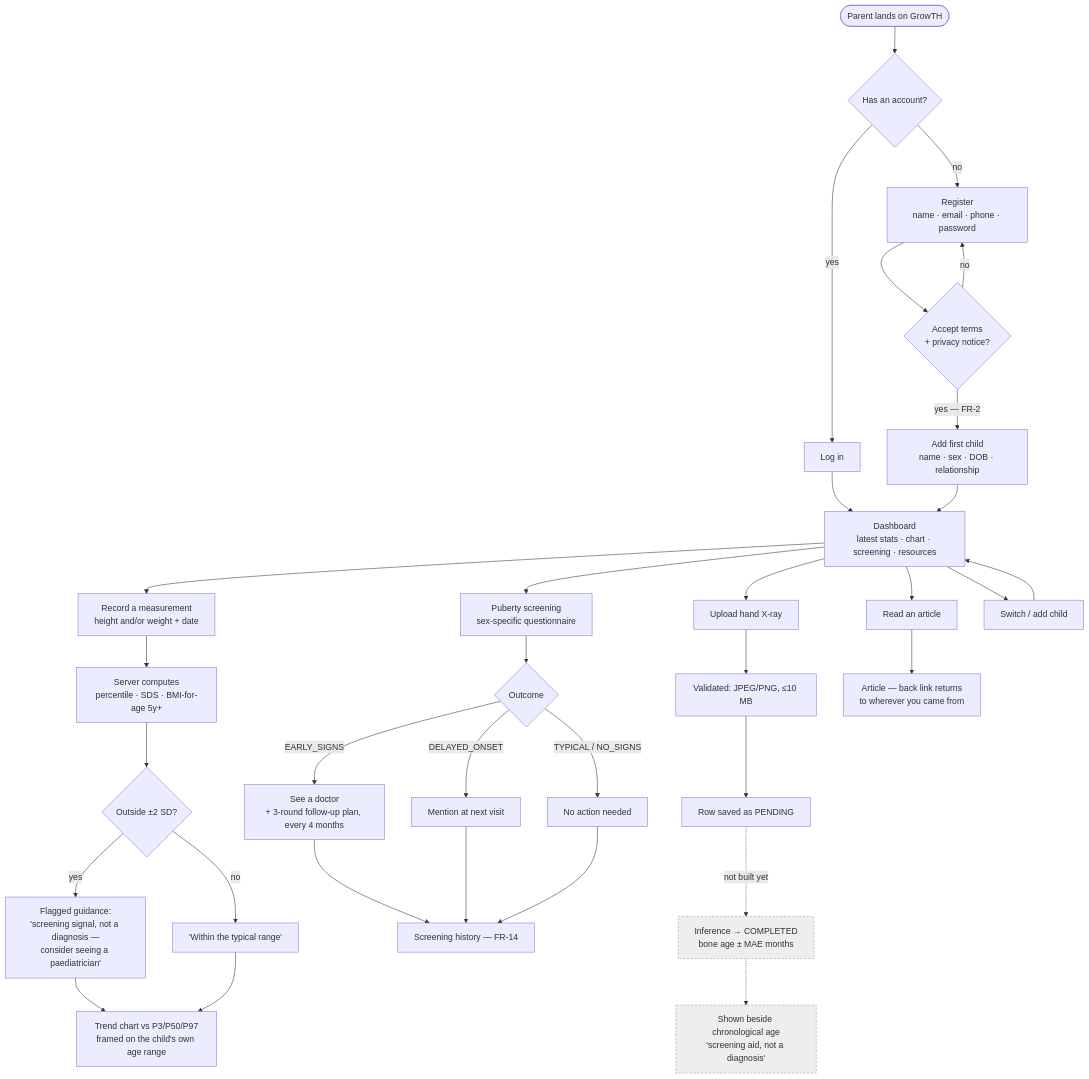
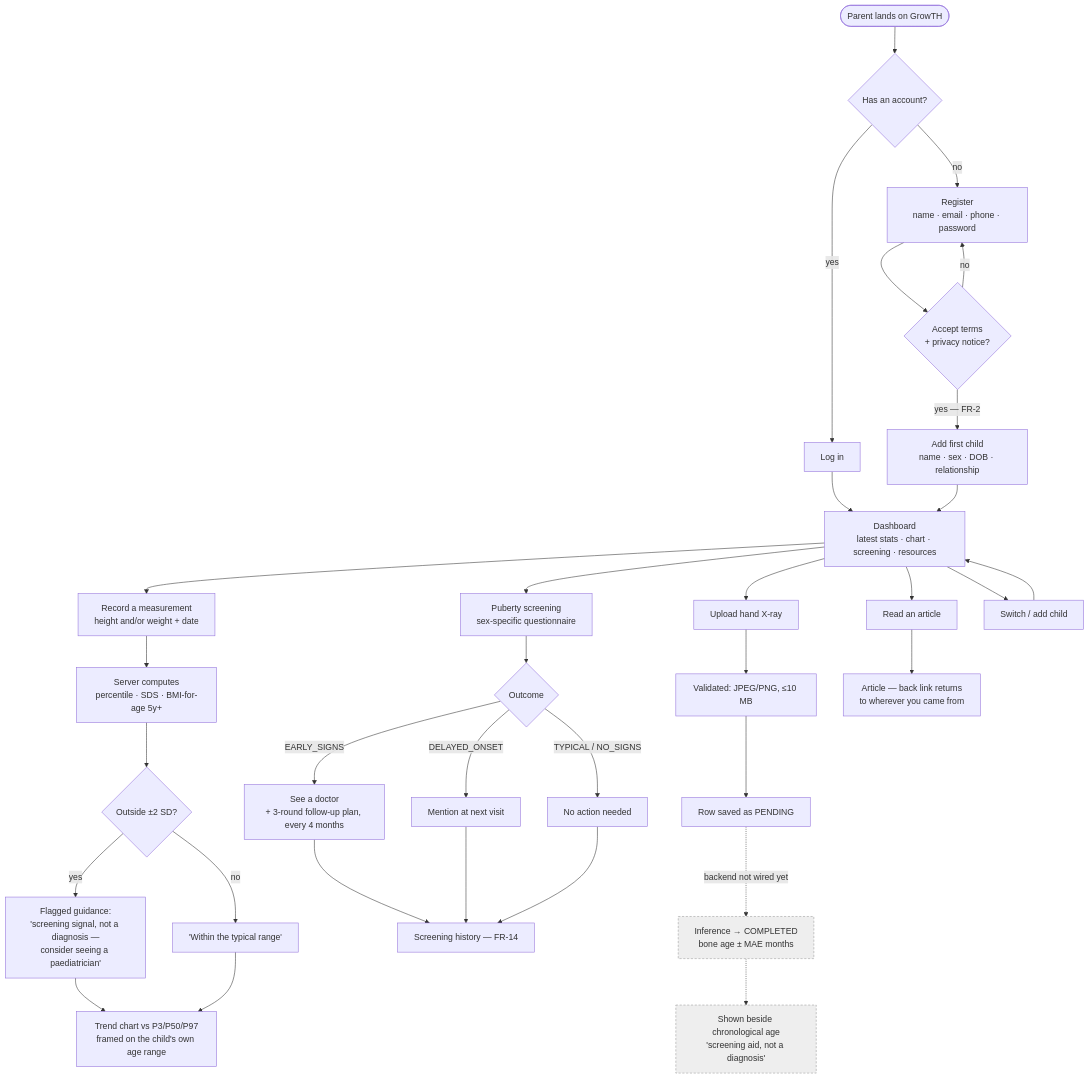
The third of 3 diagrams in docs/diagrams.md (growthadminsupport-lang/studio5-beta), drawn with Mermaid before and after one commit. The commit also changed other lines of this file and 14 other files, not shown here.

````diff
--- a/docs/diagrams.md
+++ b/docs/diagrams.md
@@ -128,43 +155,43 @@
 ```mermaid
 flowchart TD
     START([Parent lands on GrowTH]) --> SEEN{"Has an account?"}
     SEEN -->|no| REG["Register<br/>name · email · phone · password"]
     REG --> TERMS{"Accept terms<br/>+ privacy notice?"}
     TERMS -->|no| REG
     TERMS -->|"yes — FR-2"| ADD["Add first child<br/>name · sex · DOB · relationship"]
     SEEN -->|yes| LOGIN["Log in"]
     LOGIN --> DASH
     ADD --> DASH["Dashboard<br/>latest stats · chart · screening · resources"]
 
     DASH --> A["Record a measurement<br/>height and/or weight + date"]
     DASH --> B["Puberty screening<br/>sex-specific questionnaire"]
     DASH --> C["Upload hand X-ray"]
     DASH --> D["Read an article"]
     DASH --> E["Switch / add child"]
 
     A --> A1["Server computes<br/>percentile · SDS · BMI-for-age 5y+"]
     A1 --> A2{"Outside ±2 SD?"}
     A2 -->|yes| A3["Flagged guidance:<br/>'screening signal, not a diagnosis —<br/>consider seeing a paediatrician'"]
     A2 -->|no| A4["'Within the typical range'"]
     A3 --> CHART["Trend chart vs P3/P50/P97<br/>framed on the child's own age range"]
     A4 --> CHART
 
     B --> B1{"Outcome"}
     B1 -->|EARLY_SIGNS| B2["See a doctor<br/>+ 3-round follow-up plan, every 4 months"]
     B1 -->|DELAYED_ONSET| B3["Mention at next visit"]
     B1 -->|"TYPICAL / NO_SIGNS"| B4["No action needed"]
     B2 --> BHIST["Screening history — FR-14"]
     B3 --> BHIST
     B4 --> BHIST
 
     C --> C1["Validated: JPEG/PNG, ≤10 MB"]
     C1 --> C2["Row saved as PENDING"]
-    C2 -.->|"not built yet"| C3["Inference → COMPLETED<br/>bone age ± MAE months"]
+    C2 -.->|"backend not wired yet"| C3["Inference → COMPLETED<br/>bone age ± MAE months"]
     C3 -.-> C4["Shown beside chronological age<br/>'screening aid, not a diagnosis'"]
 
     E --> DASH
     D --> D1["Article — back link returns<br/>to wherever you came from"]
 
     classDef gap fill:#eee,stroke:#999,stroke-dasharray: 4 3
     class C3,C4 gap
 ```
````
